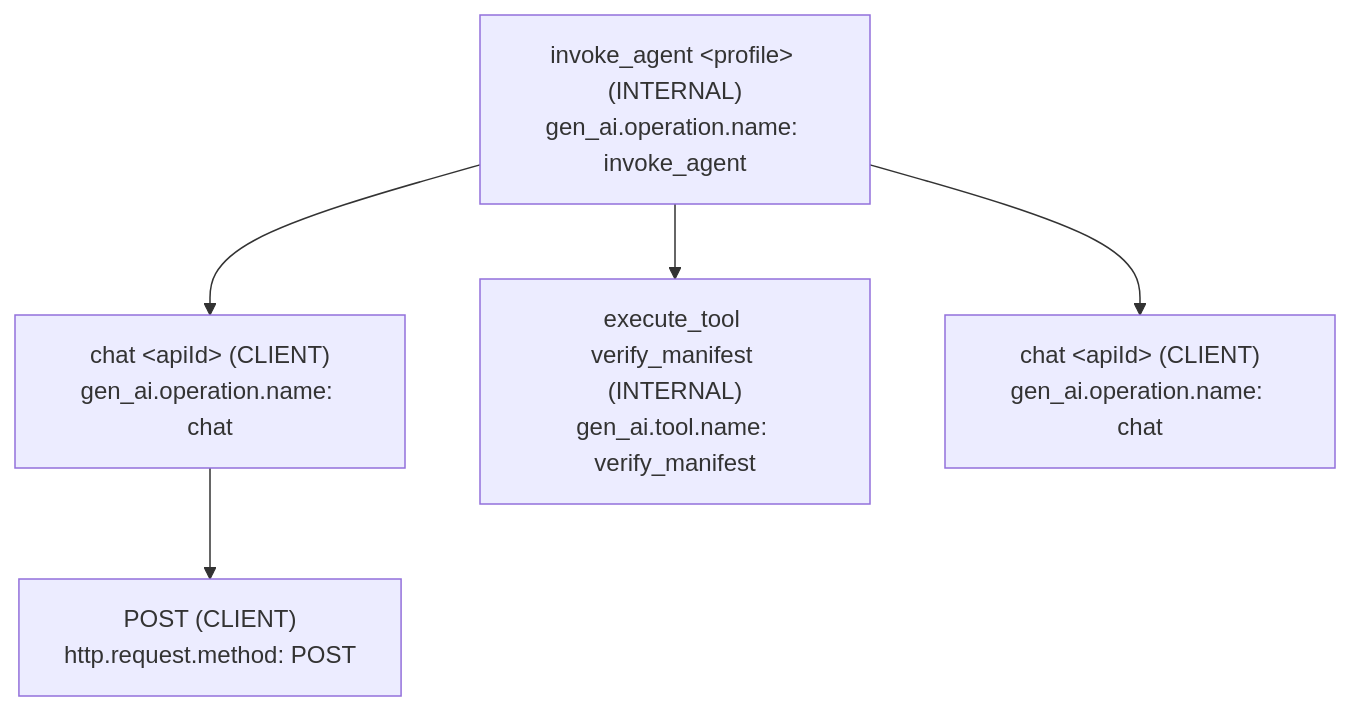
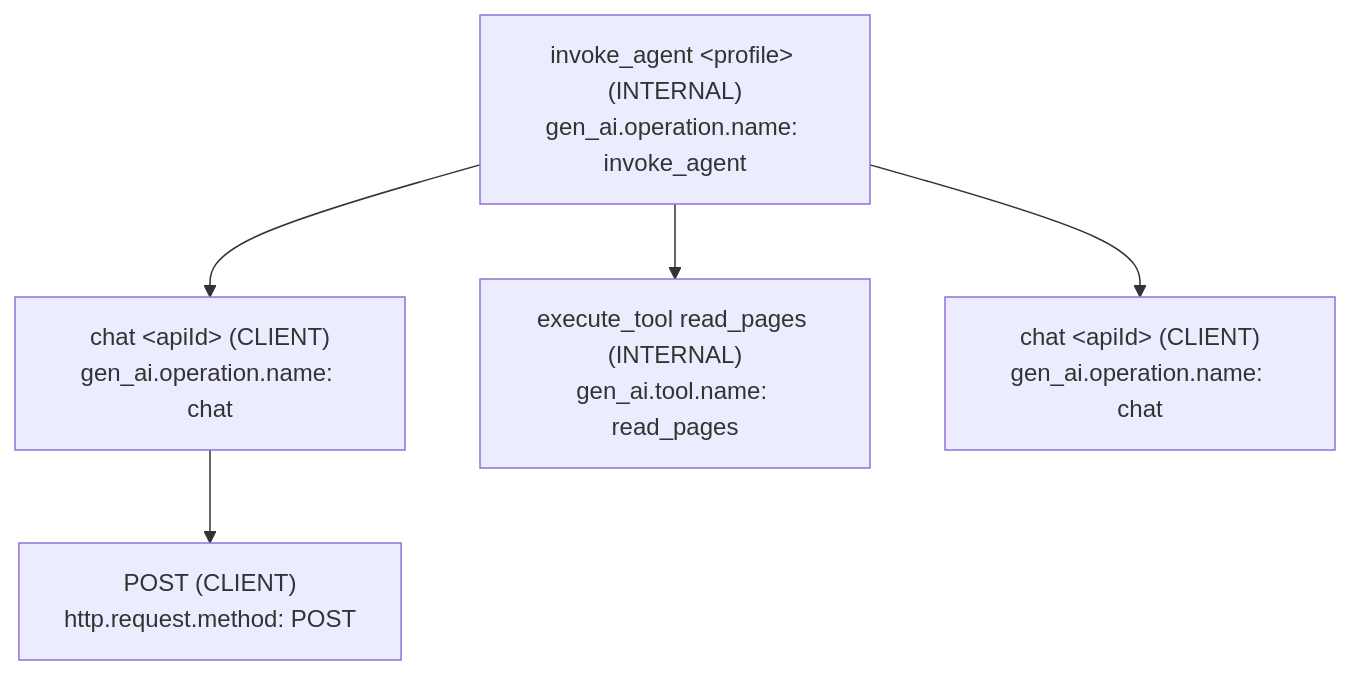
The first of 2 diagrams in app/lib/docs/articles/observability.md (masudl-hub/theoremai-frontend), drawn with Mermaid before and after one commit. The commit also changed other lines of this file and 34 other files, not shown here.

````diff
--- a/app/lib/docs/articles/observability.md
+++ b/app/lib/docs/articles/observability.md
@@ -23,14 +23,14 @@
 ```mermaid
 flowchart TD
 		Root["invoke_agent &lt;profile&gt; (INTERNAL)<br/>gen_ai.operation.name: invoke_agent"]
 		
 		Model1["chat &lt;apiId&gt; (CLIENT)<br/>gen_ai.operation.name: chat"]
 		Http1["POST (CLIENT)<br/>http.request.method: POST"]
-		Tool1["execute_tool verify_manifest (INTERNAL)<br/>gen_ai.tool.name: verify_manifest"]
+		Tool1["execute_tool read_pages (INTERNAL)<br/>gen_ai.tool.name: read_pages"]
 		Model2["chat &lt;apiId&gt; (CLIENT)<br/>gen_ai.operation.name: chat"]
 		
 		Root --> Model1
 		Model1 --> Http1
 		Root --> Tool1
 		Root --> Model2
 ```
````
